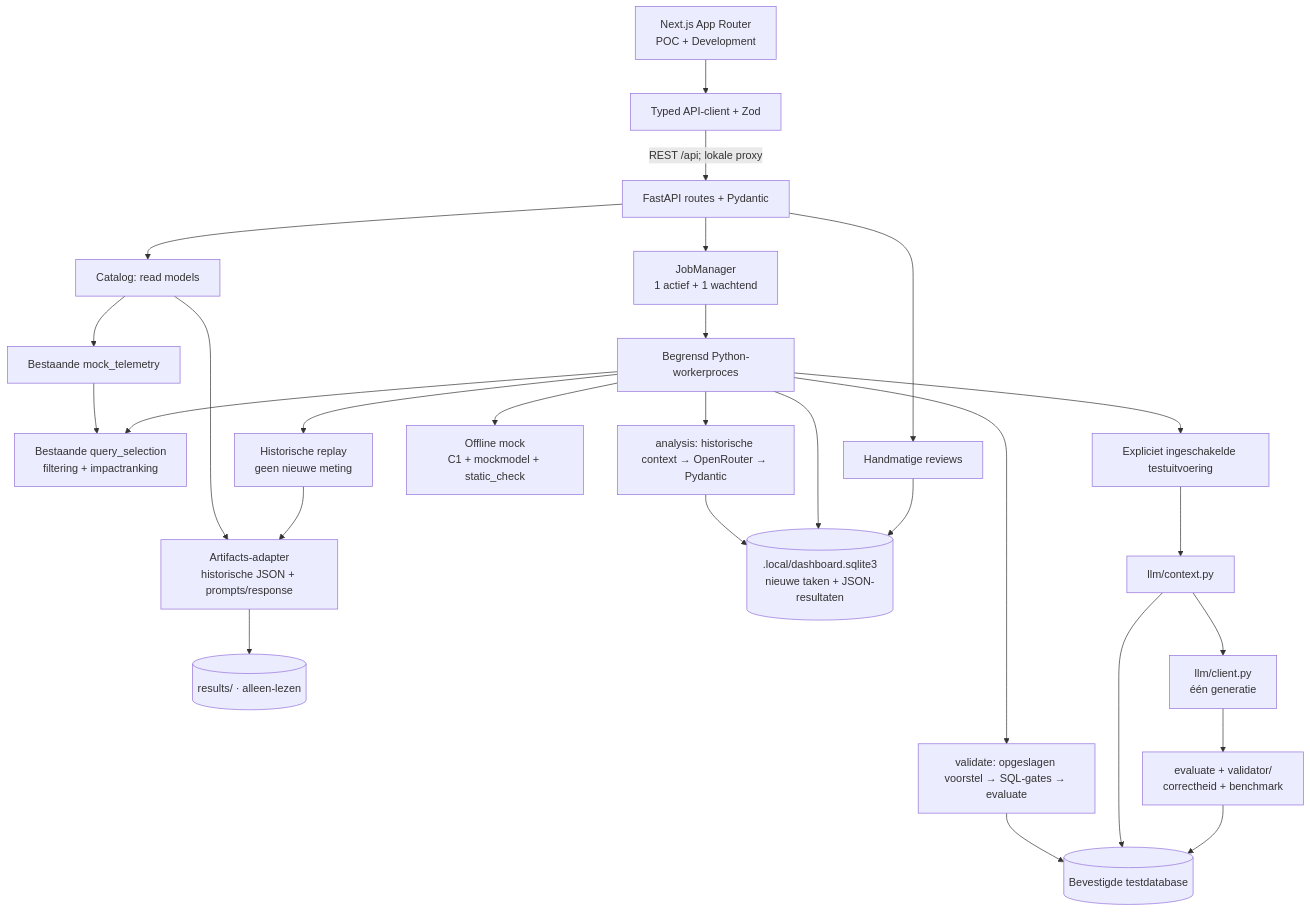
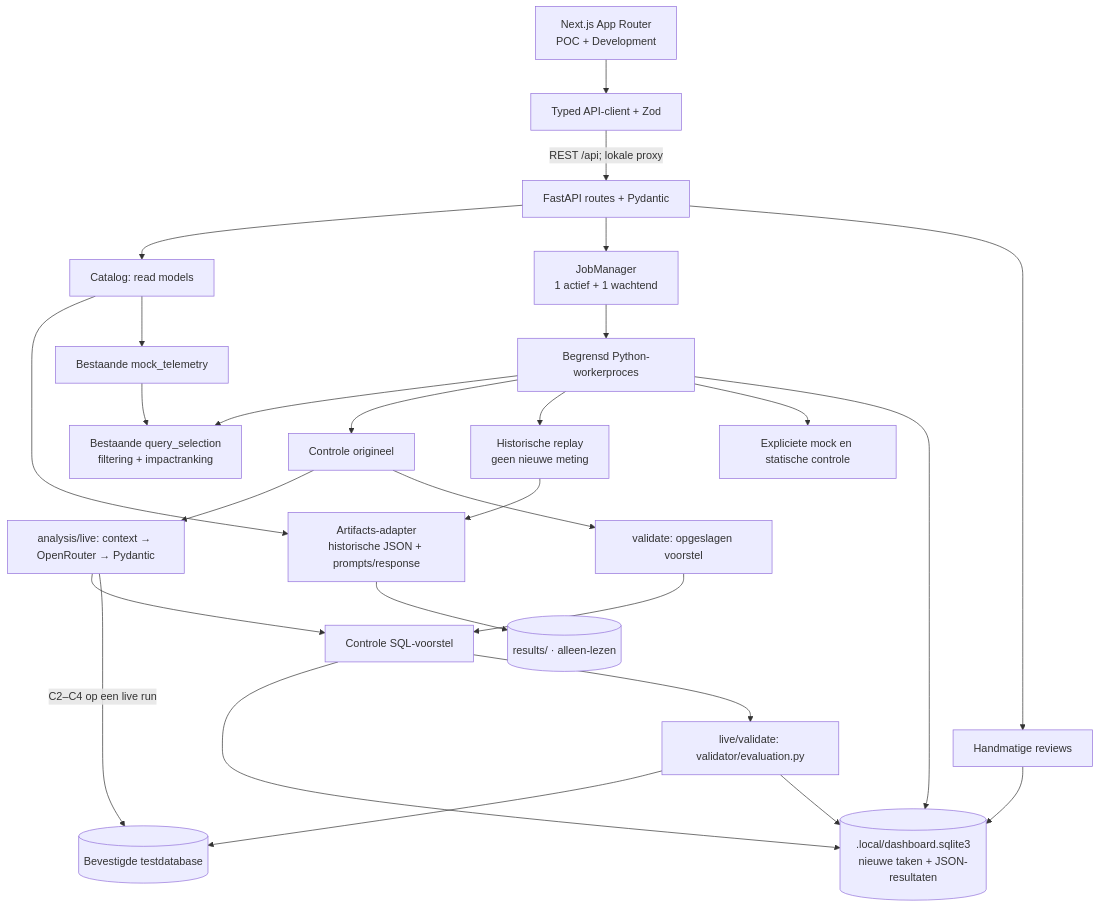
The first of 2 diagrams in docs/ui-architecture.md (Khaled-Alkahlout/initial_poc_sue), drawn with Mermaid before and after one commit. The commit also changed other lines of this file and 90 other files, not shown here.

````diff
--- a/docs/ui-architecture.md
+++ b/docs/ui-architecture.md
@@ -21,29 +20,29 @@
 ```mermaid
 flowchart TD
     Pages["Next.js App Router<br/>POC + Development"] --> Client["Typed API-client + Zod"]
     Client -->|"REST /api; lokale proxy"| Routes["FastAPI routes + Pydantic"]
     Routes --> Catalog["Catalog: read models"]
     Catalog --> Historical["Artifacts-adapter<br/>historische JSON + prompts/response"]
     Historical --> Results[("results/ · alleen-lezen")]
     Catalog --> Adapter["Bestaande mock_telemetry"]
     Adapter --> Selection["Bestaande query_selection<br/>filtering + impactranking"]
     Routes --> Queue["JobManager<br/>1 actief + 1 wachtend"]
     Queue --> Worker["Begrensd Python-workerproces"]
     Worker --> Selection
-    Worker --> Analysis["analysis: historische context → OpenRouter → Pydantic"]
-    Analysis --> Store
-    Worker --> Validate["validate: opgeslagen voorstel → SQL-gates → evaluate"]
-    Validate --> DB
+    Worker --> Check["Controle origineel"]
+    Check --> Analysis["analysis/live: context → OpenRouter → Pydantic"]
+    Analysis --> Proposal["Controle SQL-voorstel"]
+    Check --> Saved["validate: opgeslagen voorstel"]
+    Saved --> Proposal
+    Proposal --> Store
+    Proposal --> Validation["live/validate: validator/evaluation.py"]
     Worker --> Replay["Historische replay<br/>geen nieuwe meting"]
     Replay --> Historical
-    Worker --> Offline["Offline mock<br/>C1 + mockmodel + static_check"]
-    Worker --> Live["Expliciet ingeschakelde testuitvoering"]
-    Live --> Context["llm/context.py"]
-    Context --> DB[("Bevestigde testdatabase")]
-    Context --> Model["llm/client.py<br/>één generatie"]
-    Model --> Validation["evaluate + validator/<br/>correctheid + benchmark"]
+    Worker --> Offline["Expliciete mock en statische controle"]
+    Analysis -->|"C2–C4 op een live run"| DB[("Bevestigde testdatabase")]
     Validation --> DB
+    Validation --> Store
     Worker --> Store[(".local/dashboard.sqlite3<br/>nieuwe taken + JSON-resultaten")]
     Routes --> Feedback["Handmatige reviews"]
     Feedback --> Store
 ```
````
